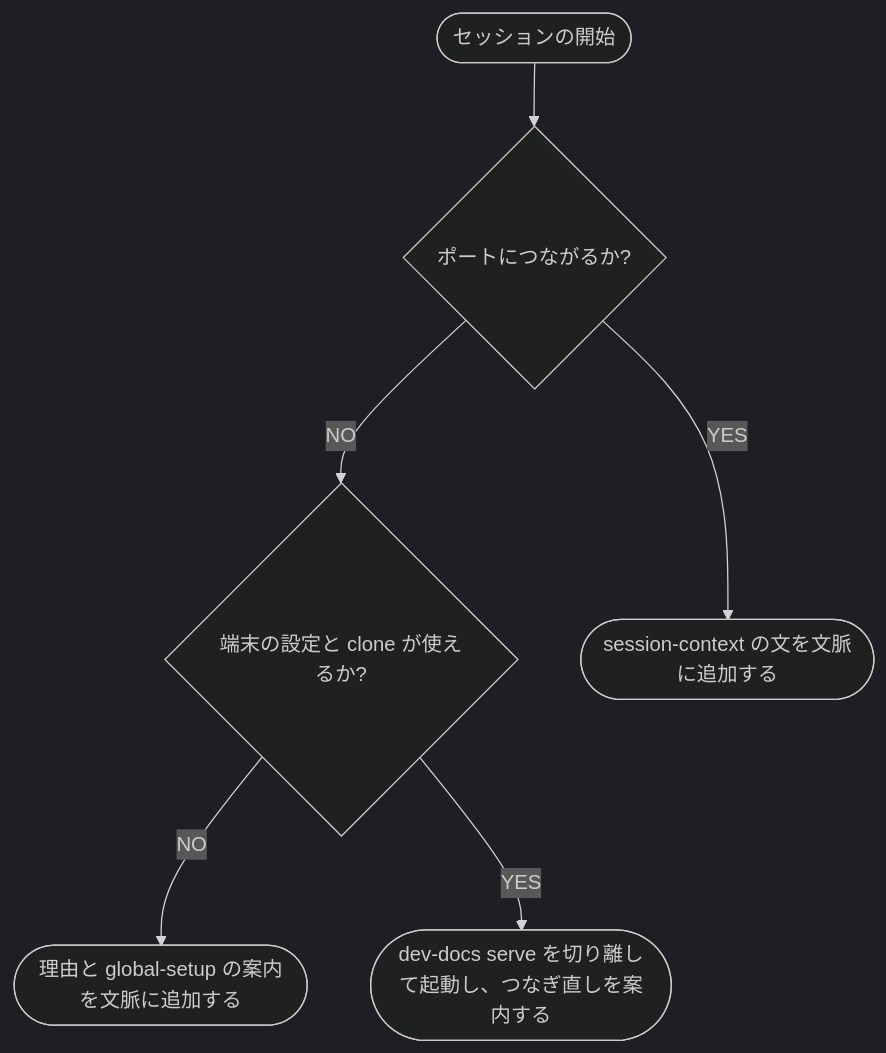
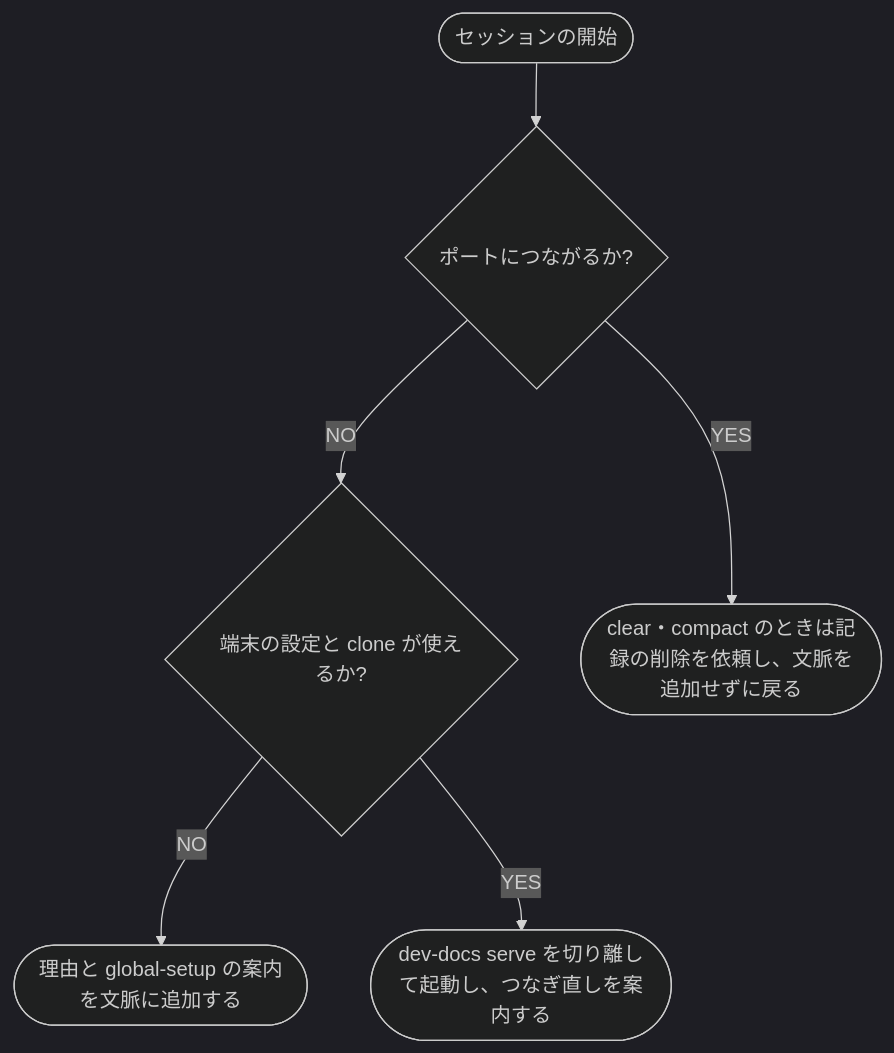
Before and after one commit to shuhei1101/dev-docs: the diagram in docs/はじめに/コアコンセプト/管理用プラグイン.md, drawn with Mermaid (dark theme). The commit also changed other lines of this file and 111 other files, not shown here.

````diff
--- a/docs/はじめに/コアコンセプト/管理用プラグイン.md
+++ b/docs/はじめに/コアコンセプト/管理用プラグイン.md
@@ -26,14 +26,14 @@
 ```mermaid
 flowchart TD
   START([セッションの開始])
   Q0{ポートにつながるか?}
   Q1{端末の設定と clone が使えるか?}
   A1([dev-docs serve を切り離して起動し、つなぎ直しを案内する])
   A2([理由と global-setup の案内を文脈に追加する])
-  A3([session-context の文を文脈に追加する])
+  A3([clear・compact のときは記録の削除を依頼し、文脈を追加せずに戻る])
   START --> Q0
   Q0 -->|YES| A3
   Q0 -->|NO| Q1
   Q1 -->|NO| A2
   Q1 -->|YES| A1
 ```
````
